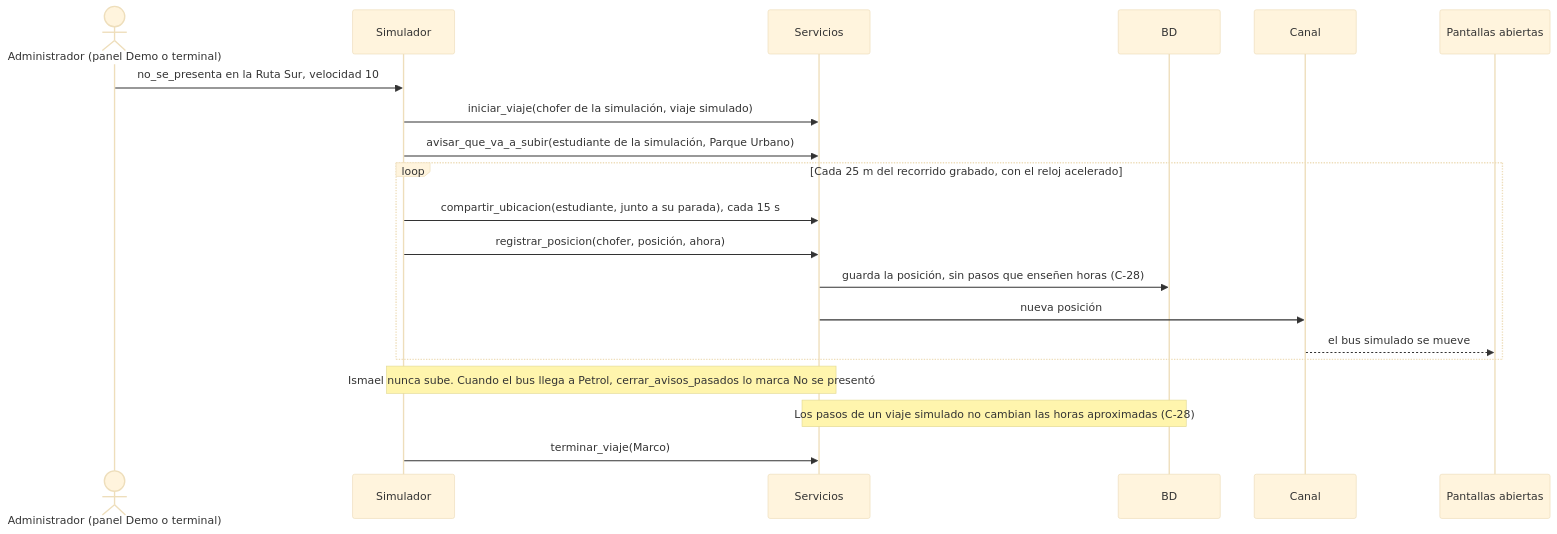
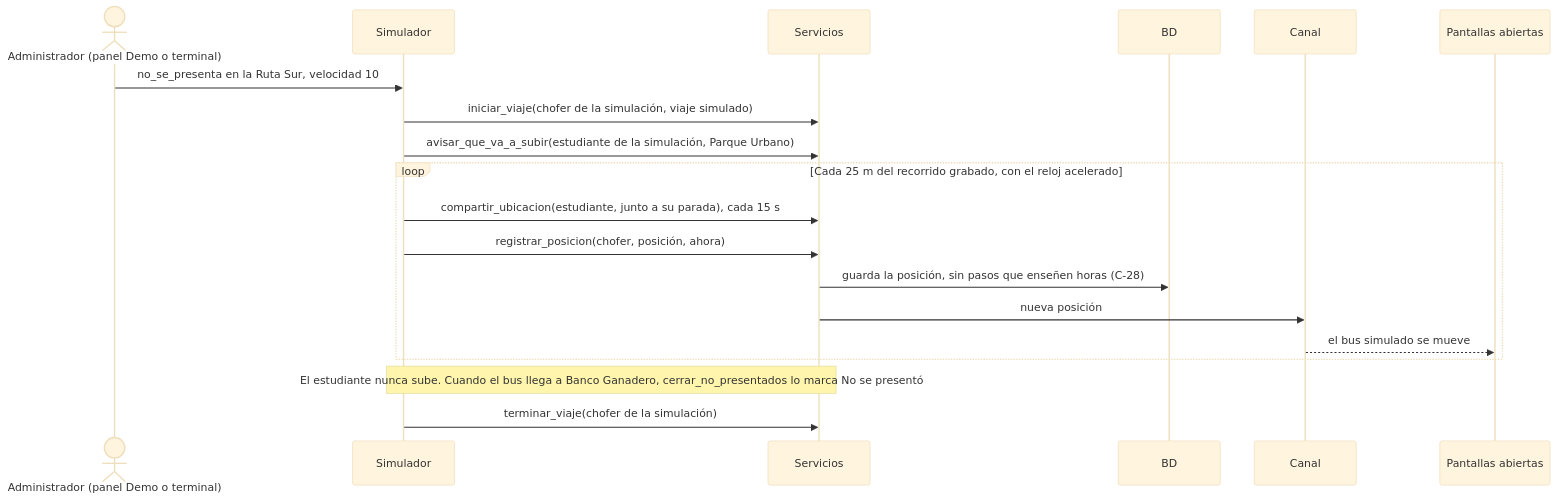
One commit to hugozuniga770/UPBus changed diagram 19 of 19 in docs/diagramas-secuencia.md. Above: the diagram before and after it, drawn with Mermaid (base theme). The commit also changed 4 other files, not shown here.

````diff
--- a/docs/diagramas-secuencia.md
+++ b/docs/diagramas-secuencia.md
@@ -558,22 +558,21 @@
 ```mermaid
 sequenceDiagram
     actor D as Administrador (panel Demo o terminal)
     participant Sim as Simulador
     participant S as Servicios
     participant B as BD
     participant W as Canal
     participant FE as Pantallas abiertas
     D->>Sim: no_se_presenta en la Ruta Sur, velocidad 10
     Sim->>S: iniciar_viaje(chofer de la simulación, viaje simulado)
     Sim->>S: avisar_que_va_a_subir(estudiante de la simulación, Parque Urbano)
     loop Cada 25 m del recorrido grabado, con el reloj acelerado
         Sim->>S: compartir_ubicacion(estudiante, junto a su parada), cada 15 s
         Sim->>S: registrar_posicion(chofer, posición, ahora)
         S->>B: guarda la posición, sin pasos que enseñen horas (C-28)
         S->>W: nueva posición
         W-->>FE: el bus simulado se mueve
     end
-    Note over Sim,S: Ismael nunca sube. Cuando el bus llega a Petrol, cerrar_avisos_pasados lo marca No se presentó
-    Note over S,B: Los pasos de un viaje simulado no cambian las horas aproximadas (C-28)
-    Sim->>S: terminar_viaje(Marco)
+    Note over Sim,S: El estudiante nunca sube. Cuando el bus llega a Banco Ganadero, cerrar_no_presentados lo marca No se presentó
+    Sim->>S: terminar_viaje(chofer de la simulación)
 ```
````
